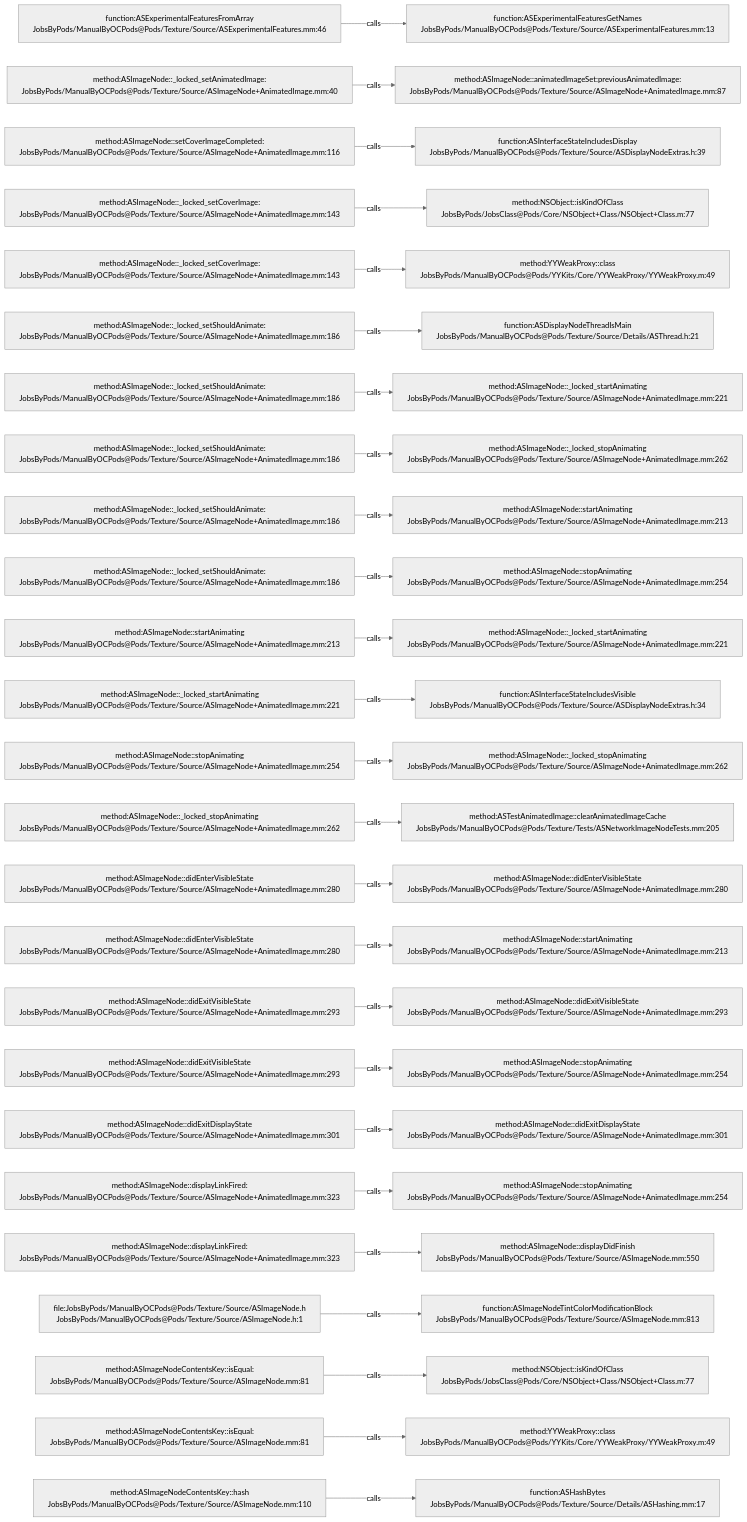
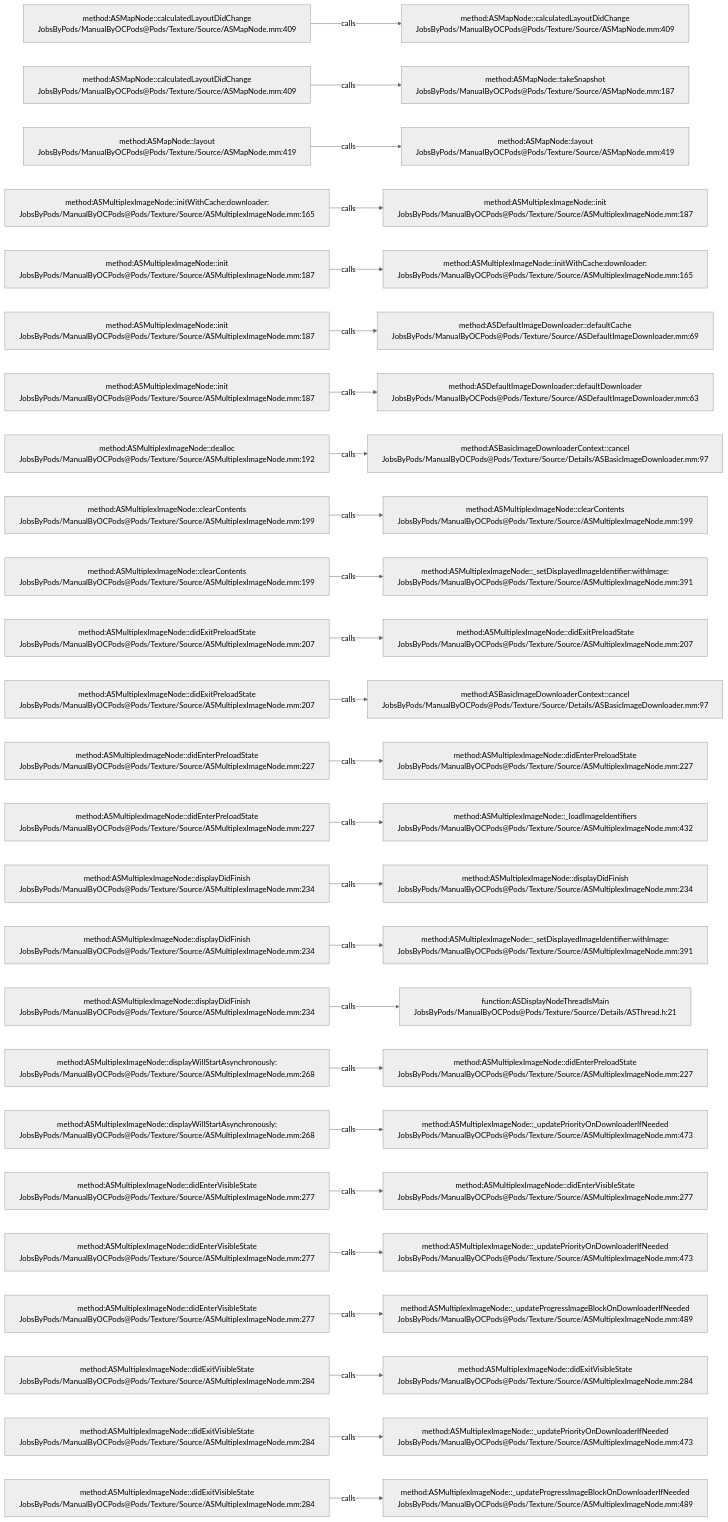
The diagram in .codegraph/codegraph.md/graphs/calls-116.md (JobsKits/JobsOCBaseConfigDemo), drawn with Mermaid (neutral theme) before and after one commit. The commit also changed 1223 other files, not shown here.

````diff
--- a/.codegraph/codegraph.md/graphs/calls-116.md
+++ b/.codegraph/codegraph.md/graphs/calls-116.md
@@ -13,78 +13,78 @@
 ```mermaid
 flowchart LR
-  S1["function:ASExperimentalFeaturesFromArray<br/>JobsByPods/ManualByOCPods@Pods/Texture/Source/ASExperimentalFeatures.mm:46"]
-  T1["function:ASExperimentalFeaturesGetNames<br/>JobsByPods/ManualByOCPods@Pods/Texture/Source/ASExperimentalFeatures.mm:13"]
+  S1["method:ASMapNode::calculatedLayoutDidChange<br/>JobsByPods/ManualByOCPods@Pods/Texture/Source/ASMapNode.mm:409"]
+  T1["method:ASMapNode::calculatedLayoutDidChange<br/>JobsByPods/ManualByOCPods@Pods/Texture/Source/ASMapNode.mm:409"]
   S1 -->|calls| T1
-  S2["method:ASImageNode::_locked_setAnimatedImage:<br/>JobsByPods/ManualByOCPods@Pods/Texture/Source/ASImageNode+AnimatedImage.mm:40"]
-  T2["method:ASImageNode::animatedImageSet:previousAnimatedImage:<br/>JobsByPods/ManualByOCPods@Pods/Texture/Source/ASImageNode+AnimatedImage.mm:87"]
+  S2["method:ASMapNode::calculatedLayoutDidChange<br/>JobsByPods/ManualByOCPods@Pods/Texture/Source/ASMapNode.mm:409"]
+  T2["method:ASMapNode::takeSnapshot<br/>JobsByPods/ManualByOCPods@Pods/Texture/Source/ASMapNode.mm:187"]
   S2 -->|calls| T2
-  S3["method:ASImageNode::setCoverImageCompleted:<br/>JobsByPods/ManualByOCPods@Pods/Texture/Source/ASImageNode+AnimatedImage.mm:116"]
-  T3["function:ASInterfaceStateIncludesDisplay<br/>JobsByPods/ManualByOCPods@Pods/Texture/Source/ASDisplayNodeExtras.h:39"]
+  S3["method:ASMapNode::layout<br/>JobsByPods/ManualByOCPods@Pods/Texture/Source/ASMapNode.mm:419"]
+  T3["method:ASMapNode::layout<br/>JobsByPods/ManualByOCPods@Pods/Texture/Source/ASMapNode.mm:419"]
   S3 -->|calls| T3
-  S4["method:ASImageNode::_locked_setCoverImage:<br/>JobsByPods/ManualByOCPods@Pods/Texture/Source/ASImageNode+AnimatedImage.mm:143"]
-  T4["method:NSObject::isKindOfClass<br/>JobsByPods/JobsClass@Pods/Core/NSObject+Class/NSObject+Class.m:77"]
+  S4["method:ASMultiplexImageNode::initWithCache:downloader:<br/>JobsByPods/ManualByOCPods@Pods/Texture/Source/ASMultiplexImageNode.mm:165"]
+  T4["method:ASMultiplexImageNode::init<br/>JobsByPods/ManualByOCPods@Pods/Texture/Source/ASMultiplexImageNode.mm:187"]
   S4 -->|calls| T4
-  S5["method:ASImageNode::_locked_setCoverImage:<br/>JobsByPods/ManualByOCPods@Pods/Texture/Source/ASImageNode+AnimatedImage.mm:143"]
-  T5["method:YYWeakProxy::class<br/>JobsByPods/ManualByOCPods@Pods/YYKits/Core/YYWeakProxy/YYWeakProxy.m:49"]
+  S5["method:ASMultiplexImageNode::init<br/>JobsByPods/ManualByOCPods@Pods/Texture/Source/ASMultiplexImageNode.mm:187"]
+  T5["method:ASMultiplexImageNode::initWithCache:downloader:<br/>JobsByPods/ManualByOCPods@Pods/Texture/Source/ASMultiplexImageNode.mm:165"]
   S5 -->|calls| T5
-  S6["method:ASImageNode::_locked_setShouldAnimate:<br/>JobsByPods/ManualByOCPods@Pods/Texture/Source/ASImageNode+AnimatedImage.mm:186"]
-  T6["function:ASDisplayNodeThreadIsMain<br/>JobsByPods/ManualByOCPods@Pods/Texture/Source/Details/ASThread.h:21"]
+  S6["method:ASMultiplexImageNode::init<br/>JobsByPods/ManualByOCPods@Pods/Texture/Source/ASMultiplexImageNode.mm:187"]
+  T6["method:ASDefaultImageDownloader::defaultCache<br/>JobsByPods/ManualByOCPods@Pods/Texture/Source/ASDefaultImageDownloader.mm:69"]
   S6 -->|calls| T6
-  S7["method:ASImageNode::_locked_setShouldAnimate:<br/>JobsByPods/ManualByOCPods@Pods/Texture/Source/ASImageNode+AnimatedImage.mm:186"]
-  T7["method:ASImageNode::_locked_startAnimating<br/>JobsByPods/ManualByOCPods@Pods/Texture/Source/ASImageNode+AnimatedImage.mm:221"]
+  S7["method:ASMultiplexImageNode::init<br/>JobsByPods/ManualByOCPods@Pods/Texture/Source/ASMultiplexImageNode.mm:187"]
+  T7["method:ASDefaultImageDownloader::defaultDownloader<br/>JobsByPods/ManualByOCPods@Pods/Texture/Source/ASDefaultImageDownloader.mm:63"]
   S7 -->|calls| T7
-  S8["method:ASImageNode::_locked_setShouldAnimate:<br/>JobsByPods/ManualByOCPods@Pods/Texture/Source/ASImageNode+AnimatedImage.mm:186"]
-  T8["method:ASImageNode::_locked_stopAnimating<br/>JobsByPods/ManualByOCPods@Pods/Texture/Source/ASImageNode+AnimatedImage.mm:262"]
+  S8["method:ASMultiplexImageNode::dealloc<br/>JobsByPods/ManualByOCPods@Pods/Texture/Source/ASMultiplexImageNode.mm:192"]
+  T8["method:ASBasicImageDownloaderContext::cancel<br/>JobsByPods/ManualByOCPods@Pods/Texture/Source/Details/ASBasicImageDownloader.mm:97"]
   S8 -->|calls| T8
-  S9["method:ASImageNode::_locked_setShouldAnimate:<br/>JobsByPods/ManualByOCPods@Pods/Texture/Source/ASImageNode+AnimatedImage.mm:186"]
-  T9["method:ASImageNode::startAnimating<br/>JobsByPods/ManualByOCPods@Pods/Texture/Source/ASImageNode+AnimatedImage.mm:213"]
+  S9["method:ASMultiplexImageNode::clearContents<br/>JobsByPods/ManualByOCPods@Pods/Texture/Source/ASMultiplexImageNode.mm:199"]
+  T9["method:ASMultiplexImageNode::clearContents<br/>JobsByPods/ManualByOCPods@Pods/Texture/Source/ASMultiplexImageNode.mm:199"]
   S9 -->|calls| T9
-  S10["method:ASImageNode::_locked_setShouldAnimate:<br/>JobsByPods/ManualByOCPods@Pods/Texture/Source/ASImageNode+AnimatedImage.mm:186"]
-  T10["method:ASImageNode::stopAnimating<br/>JobsByPods/ManualByOCPods@Pods/Texture/Source/ASImageNode+AnimatedImage.mm:254"]
+  S10["method:ASMultiplexImageNode::clearContents<br/>JobsByPods/ManualByOCPods@Pods/Texture/Source/ASMultiplexImageNode.mm:199"]
+  T10["method:ASMultiplexImageNode::_setDisplayedImageIdentifier:withImage:<br/>JobsByPods/ManualByOCPods@Pods/Texture/Source/ASMultiplexImageNode.mm:391"]
   S10 -->|calls| T10
-  S11["method:ASImageNode::startAnimating<br/>JobsByPods/ManualByOCPods@Pods/Texture/Source/ASImageNode+AnimatedImage.mm:213"]
-  T11["method:ASImageNode::_locked_startAnimating<br/>JobsByPods/ManualByOCPods@Pods/Texture/Source/ASImageNode+AnimatedImage.mm:221"]
+  S11["method:ASMultiplexImageNode::didExitPreloadState<br/>JobsByPods/ManualByOCPods@Pods/Texture/Source/ASMultiplexImageNode.mm:207"]
+  T11["method:ASMultiplexImageNode::didExitPreloadState<br/>JobsByPods/ManualByOCPods@Pods/Texture/Source/ASMultiplexImageNode.mm:207"]
   S11 -->|calls| T11
-  S12["method:ASImageNode::_locked_startAnimating<br/>JobsByPods/ManualByOCPods@Pods/Texture/Source/ASImageNode+AnimatedImage.mm:221"]
-  T12["function:ASInterfaceStateIncludesVisible<br/>JobsByPods/ManualByOCPods@Pods/Texture/Source/ASDisplayNodeExtras.h:34"]
+  S12["method:ASMultiplexImageNode::didExitPreloadState<br/>JobsByPods/ManualByOCPods@Pods/Texture/Source/ASMultiplexImageNode.mm:207"]
+  T12["method:ASBasicImageDownloaderContext::cancel<br/>JobsByPods/ManualByOCPods@Pods/Texture/Source/Details/ASBasicImageDownloader.mm:97"]
   S12 -->|calls| T12
-  S13["method:ASImageNode::stopAnimating<br/>JobsByPods/ManualByOCPods@Pods/Texture/Source/ASImageNode+AnimatedImage.mm:254"]
-  T13["method:ASImageNode::_locked_stopAnimating<br/>JobsByPods/ManualByOCPods@Pods/Texture/Source/ASImageNode+AnimatedImage.mm:262"]
+  S13["method:ASMultiplexImageNode::didEnterPreloadState<br/>JobsByPods/ManualByOCPods@Pods/Texture/Source/ASMultiplexImageNode.mm:227"]
+  T13["method:ASMultiplexImageNode::didEnterPreloadState<br/>JobsByPods/ManualByOCPods@Pods/Texture/Source/ASMultiplexImageNode.mm:227"]
   S13 -->|calls| T13
-  S14["method:ASImageNode::_locked_stopAnimating<br/>JobsByPods/ManualByOCPods@Pods/Texture/Source/ASImageNode+AnimatedImage.mm:262"]
-  T14["method:ASTestAnimatedImage::clearAnimatedImageCache<br/>JobsByPods/ManualByOCPods@Pods/Texture/Tests/ASNetworkImageNodeTests.mm:205"]
+  S14["method:ASMultiplexImageNode::didEnterPreloadState<br/>JobsByPods/ManualByOCPods@Pods/Texture/Source/ASMultiplexImageNode.mm:227"]
+  T14["method:ASMultiplexImageNode::_loadImageIdentifiers<br/>JobsByPods/ManualByOCPods@Pods/Texture/Source/ASMultiplexImageNode.mm:432"]
   S14 -->|calls| T14
-  S15["method:ASImageNode::didEnterVisibleState<br/>JobsByPods/ManualByOCPods@Pods/Texture/Source/ASImageNode+AnimatedImage.mm:280"]
-  T15["method:ASImageNode::didEnterVisibleState<br/>JobsByPods/ManualByOCPods@Pods/Texture/Source/ASImageNode+AnimatedImage.mm:280"]
+  S15["method:ASMultiplexImageNode::displayDidFinish<br/>JobsByPods/ManualByOCPods@Pods/Texture/Source/ASMultiplexImageNode.mm:234"]
+  T15["method:ASMultiplexImageNode::displayDidFinish<br/>JobsByPods/ManualByOCPods@Pods/Texture/Source/ASMultiplexImageNode.mm:234"]
   S15 -->|calls| T15
-  S16["method:ASImageNode::didEnterVisibleState<br/>JobsByPods/ManualByOCPods@Pods/Texture/Source/ASImageNode+AnimatedImage.mm:280"]
-  T16["method:ASImageNode::startAnimating<br/>JobsByPods/ManualByOCPods@Pods/Texture/Source/ASImageNode+AnimatedImage.mm:213"]
+  S16["method:ASMultiplexImageNode::displayDidFinish<br/>JobsByPods/ManualByOCPods@Pods/Texture/Source/ASMultiplexImageNode.mm:234"]
+  T16["method:ASMultiplexImageNode::_setDisplayedImageIdentifier:withImage:<br/>JobsByPods/ManualByOCPods@Pods/Texture/Source/ASMultiplexImageNode.mm:391"]
   S16 -->|calls| T16
-  S17["method:ASImageNode::didExitVisibleState<br/>JobsByPods/ManualByOCPods@Pods/Texture/Source/ASImageNode+AnimatedImage.mm:293"]
-  T17["method:ASImageNode::didExitVisibleState<br/>JobsByPods/ManualByOCPods@Pods/Texture/Source/ASImageNode+AnimatedImage.mm:293"]
+  S17["method:ASMultiplexImageNode::displayDidFinish<br/>JobsByPods/ManualByOCPods@Pods/Texture/Source/ASMultiplexImageNode.mm:234"]
+  T17["function:ASDisplayNodeThreadIsMain<br/>JobsByPods/ManualByOCPods@Pods/Texture/Source/Details/ASThread.h:21"]
   S17 -->|calls| T17
-  S18["method:ASImageNode::didExitVisibleState<br/>JobsByPods/ManualByOCPods@Pods/Texture/Source/ASImageNode+AnimatedImage.mm:293"]
-  T18["method:ASImageNode::stopAnimating<br/>JobsByPods/ManualByOCPods@Pods/Texture/Source/ASImageNode+AnimatedImage.mm:254"]
+  S18["method:ASMultiplexImageNode::displayWillStartAsynchronously:<br/>JobsByPods/ManualByOCPods@Pods/Texture/Source/ASMultiplexImageNode.mm:268"]
+  T18["method:ASMultiplexImageNode::didEnterPreloadState<br/>JobsByPods/ManualByOCPods@Pods/Texture/Source/ASMultiplexImageNode.mm:227"]
   S18 -->|calls| T18
-  S19["method:ASImageNode::didExitDisplayState<br/>JobsByPods/ManualByOCPods@Pods/Texture/Source/ASImageNode+AnimatedImage.mm:301"]
-  T19["method:ASImageNode::didExitDisplayState<br/>JobsByPods/ManualByOCPods@Pods/Texture/Source/ASImageNode+AnimatedImage.mm:301"]
+  S19["method:ASMultiplexImageNode::displayWillStartAsynchronously:<br/>JobsByPods/ManualByOCPods@Pods/Texture/Source/ASMultiplexImageNode.mm:268"]
+  T19["method:ASMultiplexImageNode::_updatePriorityOnDownloaderIfNeeded<br/>JobsByPods/ManualByOCPods@Pods/Texture/Source/ASMultiplexImageNode.mm:473"]
   S19 -->|calls| T19
-  S20["method:ASImageNode::displayLinkFired:<br/>JobsByPods/ManualByOCPods@Pods/Texture/Source/ASImageNode+AnimatedImage.mm:323"]
-  T20["method:ASImageNode::stopAnimating<br/>JobsByPods/ManualByOCPods@Pods/Texture/Source/ASImageNode+AnimatedImage.mm:254"]
+  S20["method:ASMultiplexImageNode::didEnterVisibleState<br/>JobsByPods/ManualByOCPods@Pods/Texture/Source/ASMultiplexImageNode.mm:277"]
+  T20["method:ASMultiplexImageNode::didEnterVisibleState<br/>JobsByPods/ManualByOCPods@Pods/Texture/Source/ASMultiplexImageNode.mm:277"]
   S20 -->|calls| T20
-  S21["method:ASImageNode::displayLinkFired:<br/>JobsByPods/ManualByOCPods@Pods/Texture/Source/ASImageNode+AnimatedImage.mm:323"]
-  T21["method:ASImageNode::displayDidFinish<br/>JobsByPods/ManualByOCPods@Pods/Texture/Source/ASImageNode.mm:550"]
+  S21["method:ASMultiplexImageNode::didEnterVisibleState<br/>JobsByPods/ManualByOCPods@Pods/Texture/Source/ASMultiplexImageNode.mm:277"]
+  T21["method:ASMultiplexImageNode::_updatePriorityOnDownloaderIfNeeded<br/>JobsByPods/ManualByOCPods@Pods/Texture/Source/ASMultiplexImageNode.mm:473"]
   S21 -->|calls| T21
-  S22["file:JobsByPods/ManualByOCPods@Pods/Texture/Source/ASImageNode.h<br/>JobsByPods/ManualByOCPods@Pods/Texture/Source/ASImageNode.h:1"]
-  T22["function:ASImageNodeTintColorModificationBlock<br/>JobsByPods/ManualByOCPods@Pods/Texture/Source/ASImageNode.mm:813"]
+  S22["method:ASMultiplexImageNode::didEnterVisibleState<br/>JobsByPods/ManualByOCPods@Pods/Texture/Source/ASMultiplexImageNode.mm:277"]
+  T22["method:ASMultiplexImageNode::_updateProgressImageBlockOnDownloaderIfNeeded<br/>JobsByPods/ManualByOCPods@Pods/Texture/Source/ASMultiplexImageNode.mm:489"]
   S22 -->|calls| T22
-  S23["method:ASImageNodeContentsKey::isEqual:<br/>JobsByPods/ManualByOCPods@Pods/Texture/Source/ASImageNode.mm:81"]
-  T23["method:NSObject::isKindOfClass<br/>JobsByPods/JobsClass@Pods/Core/NSObject+Class/NSObject+Class.m:77"]
+  S23["method:ASMultiplexImageNode::didExitVisibleState<br/>JobsByPods/ManualByOCPods@Pods/Texture/Source/ASMultiplexImageNode.mm:284"]
+  T23["method:ASMultiplexImageNode::didExitVisibleState<br/>JobsByPods/ManualByOCPods@Pods/Texture/Source/ASMultiplexImageNode.mm:284"]
   S23 -->|calls| T23
-  S24["method:ASImageNodeContentsKey::isEqual:<br/>JobsByPods/ManualByOCPods@Pods/Texture/Source/ASImageNode.mm:81"]
-  T24["method:YYWeakProxy::class<br/>JobsByPods/ManualByOCPods@Pods/YYKits/Core/YYWeakProxy/YYWeakProxy.m:49"]
+  S24["method:ASMultiplexImageNode::didExitVisibleState<br/>JobsByPods/ManualByOCPods@Pods/Texture/Source/ASMultiplexImageNode.mm:284"]
+  T24["method:ASMultiplexImageNode::_updatePriorityOnDownloaderIfNeeded<br/>JobsByPods/ManualByOCPods@Pods/Texture/Source/ASMultiplexImageNode.mm:473"]
   S24 -->|calls| T24
-  S25["method:ASImageNodeContentsKey::hash<br/>JobsByPods/ManualByOCPods@Pods/Texture/Source/ASImageNode.mm:110"]
-  T25["function:ASHashBytes<br/>JobsByPods/ManualByOCPods@Pods/Texture/Source/Details/ASHashing.mm:17"]
+  S25["method:ASMultiplexImageNode::didExitVisibleState<br/>JobsByPods/ManualByOCPods@Pods/Texture/Source/ASMultiplexImageNode.mm:284"]
+  T25["method:ASMultiplexImageNode::_updateProgressImageBlockOnDownloaderIfNeeded<br/>JobsByPods/ManualByOCPods@Pods/Texture/Source/ASMultiplexImageNode.mm:489"]
   S25 -->|calls| T25
 ```
````
